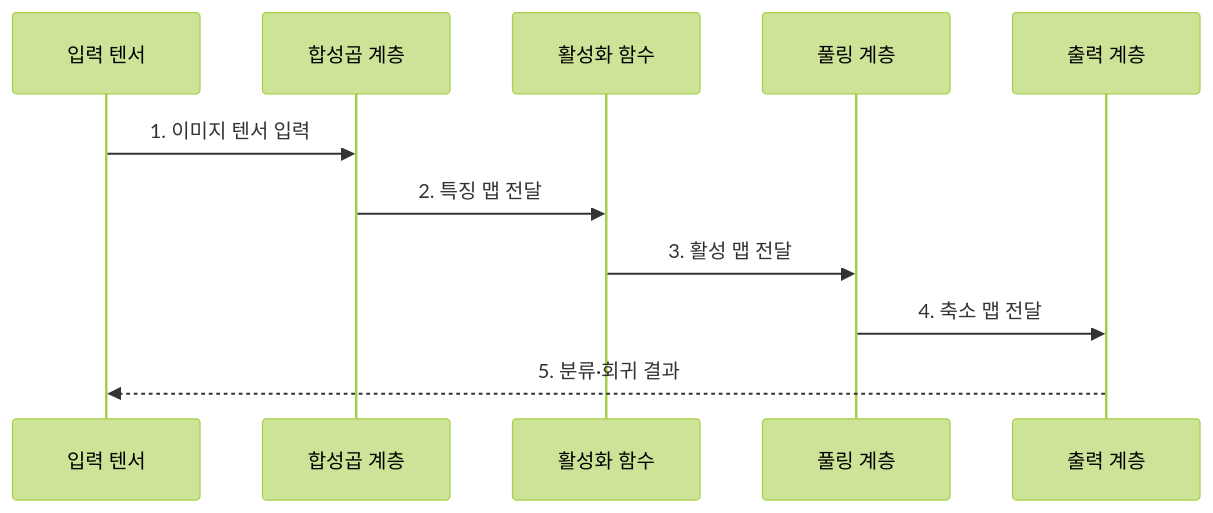
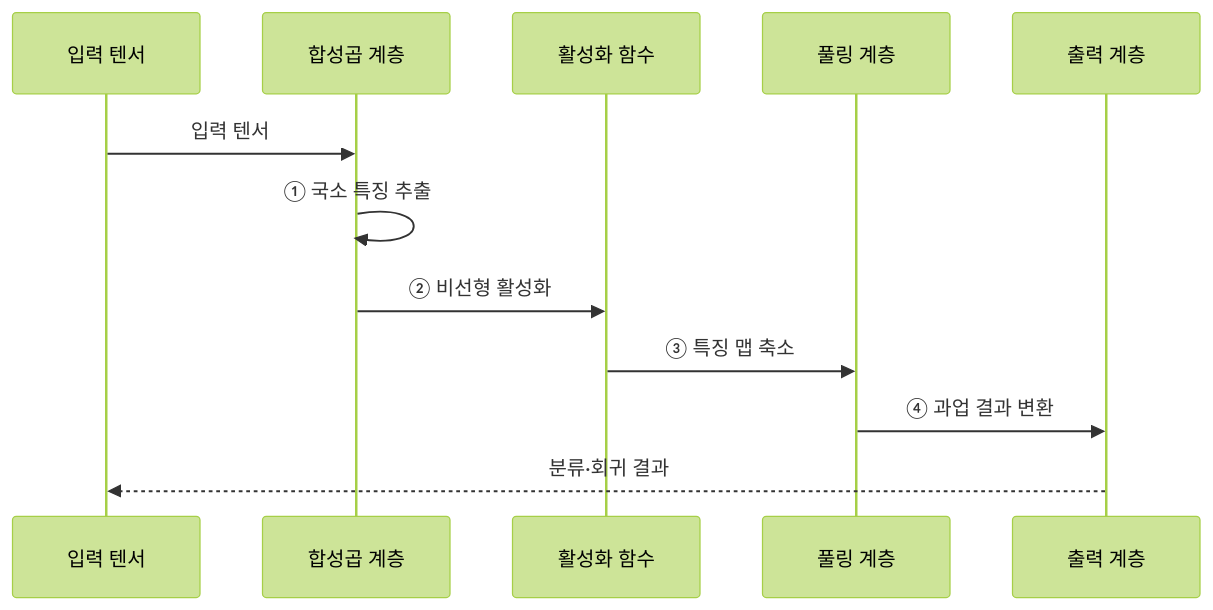
One commit to agnusdei1207/knowledge-base changed the third of 3 diagrams in src/content/docs/notes/01-basic-theory/043_cnn.md. Above: the diagram before and after it, drawn with Mermaid (forest theme). The commit also changed other lines of this file and 22 other files, not shown here.

````diff
--- a/src/content/docs/notes/01-basic-theory/043_cnn.md
+++ b/src/content/docs/notes/01-basic-theory/043_cnn.md
@@ -74,13 +89,14 @@
 ```mermaid
 sequenceDiagram
     participant I as 입력 텐서
     participant C as 합성곱 계층
     participant A as 활성화 함수
     participant P as 풀링 계층
     participant H as 출력 계층
-    I->>C: 1. 이미지 텐서 입력
-    C->>A: 2. 특징 맵 전달
-    A->>P: 3. 활성 맵 전달
-    P->>H: 4. 축소 맵 전달
-    H-->>I: 5. 분류·회귀 결과
+    I->>C: 입력 텐서
+    C->>C: ① 국소 특징 추출
+    C->>A: ② 비선형 활성화
+    A->>P: ③ 특징 맵 축소
+    P->>H: ④ 과업 결과 변환
+    H-->>I: 분류·회귀 결과
 ```
````
